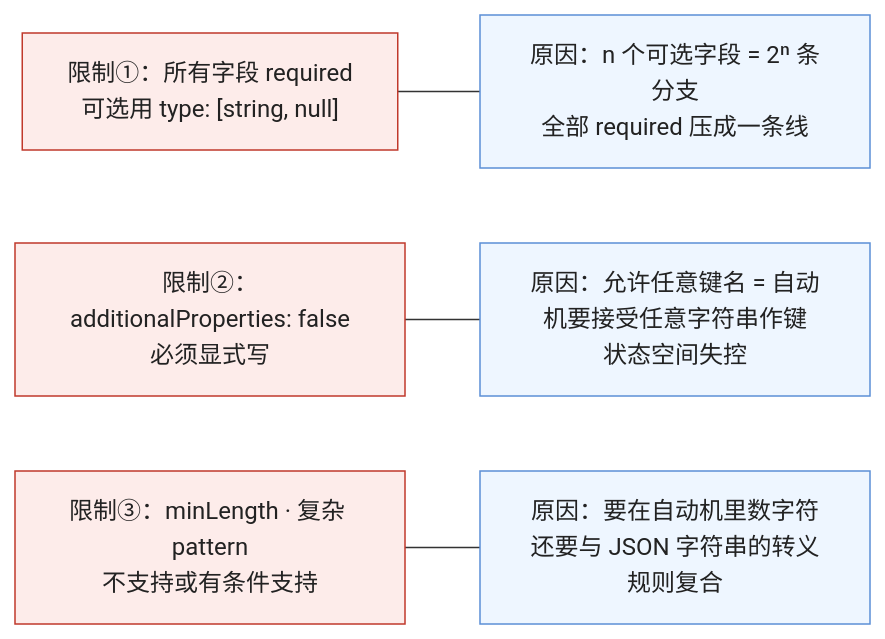
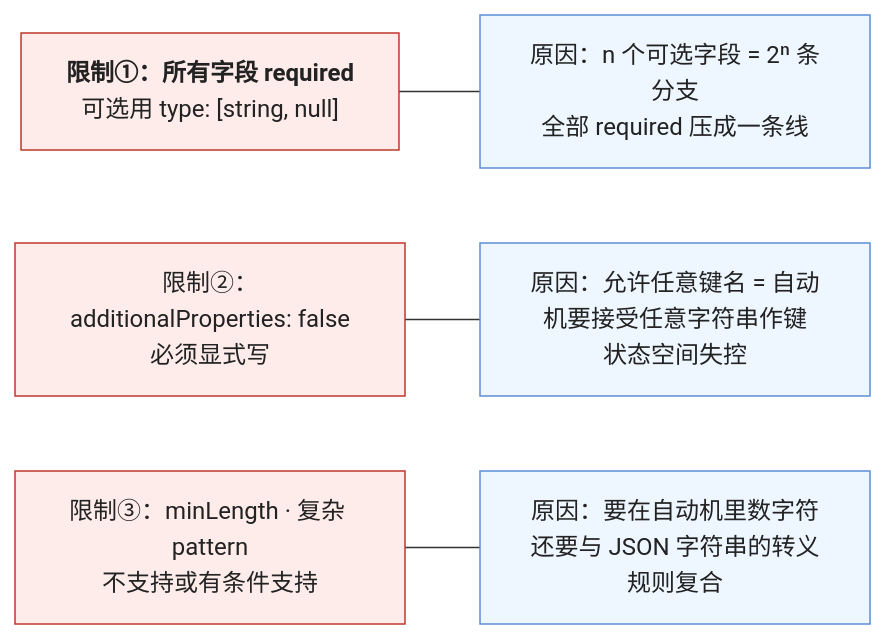
The second of 4 diagrams in _posts/2026-10-08-structured-output-constrained-decoding-and-schema-design.md (arganzheng/arganzheng.github.com), drawn with Mermaid before and after one commit. The commit also changed other lines of this file and 6 other files, not shown here.

First line of the commit message:
Prompt 与上下文工程：模型这一步该看到什么：Mermaid 多行方框的首行标为标题（7 篇）

````diff
--- a/_posts/2026-10-08-structured-output-constrained-decoding-and-schema-design.md
+++ b/_posts/2026-10-08-structured-output-constrained-decoding-and-schema-design.md
@@ -85,11 +85,11 @@
 ```mermaid
 %% 图：strict 模式三条限制背后的自动机原因——可选字段让状态数按 2 的字段数次方增长，所以要求全部 required；additionalProperties: true 意味着任意键名、状态空间失控，所以必须显式 false；minLength / 复杂 pattern 要在自动机里数字符并与 JSON 转义规则复合，实现成本高
 flowchart LR
-    L1["限制①：所有字段 required<br/>可选用 type: [string, null]"] --- R1["原因：n 个可选字段 = 2ⁿ 条分支<br/>全部 required 压成一条线"]
+    L1["<b>限制①：所有字段 required</b><br/>可选用 type: [string, null]"] --- R1["原因：n 个可选字段 = 2ⁿ 条分支<br/>全部 required 压成一条线"]
     L2["限制②：additionalProperties: false<br/>必须显式写"] --- R2["原因：允许任意键名 = 自动机要接受任意字符串作键<br/>状态空间失控"]
     L3["限制③：minLength · 复杂 pattern<br/>不支持或有条件支持"] --- R3["原因：要在自动机里数字符<br/>还要与 JSON 字符串的转义规则复合"]
     classDef lim fill:#fdecea,stroke:#c0392b,color:#222
     classDef why fill:#eef6ff,stroke:#5b8fd6,color:#222
     class L1,L2,L3 lim
     class R1,R2,R3 why
 ```
````
